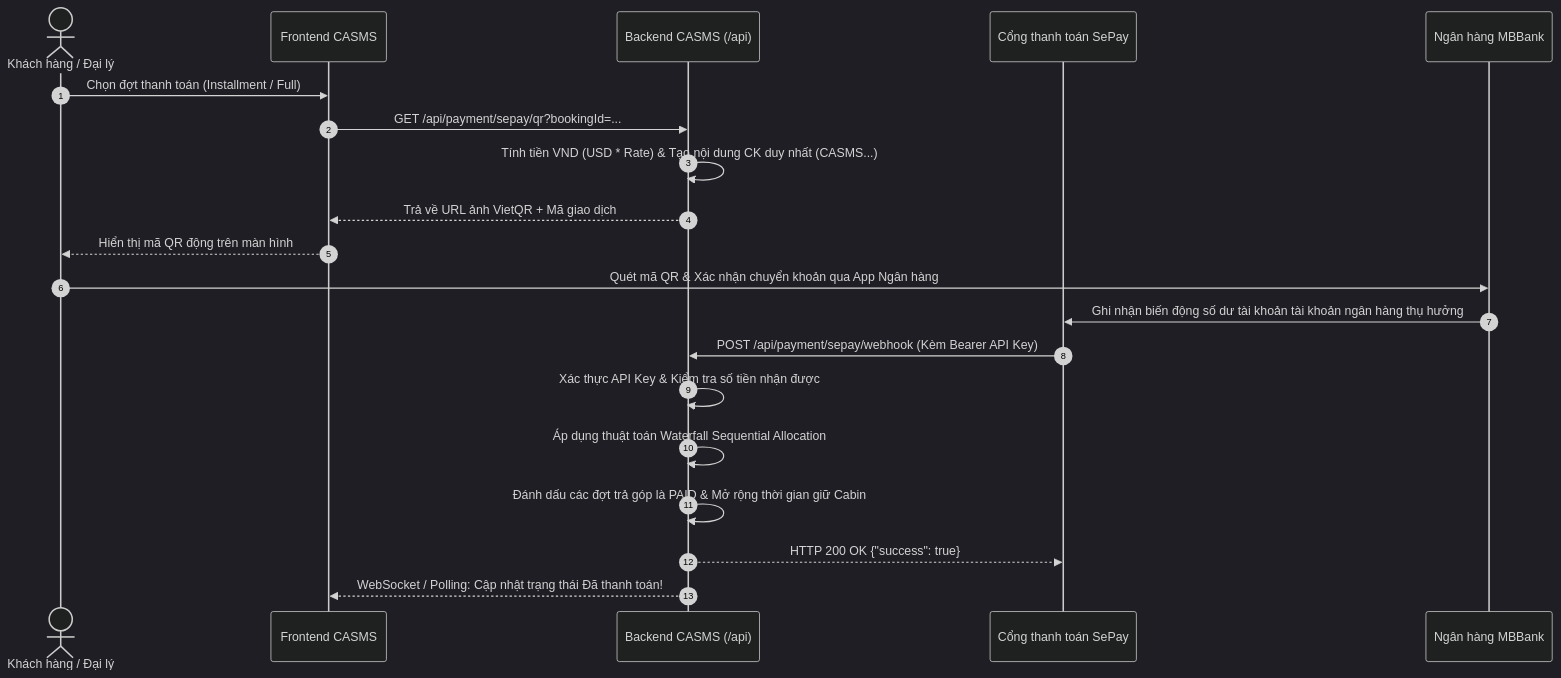
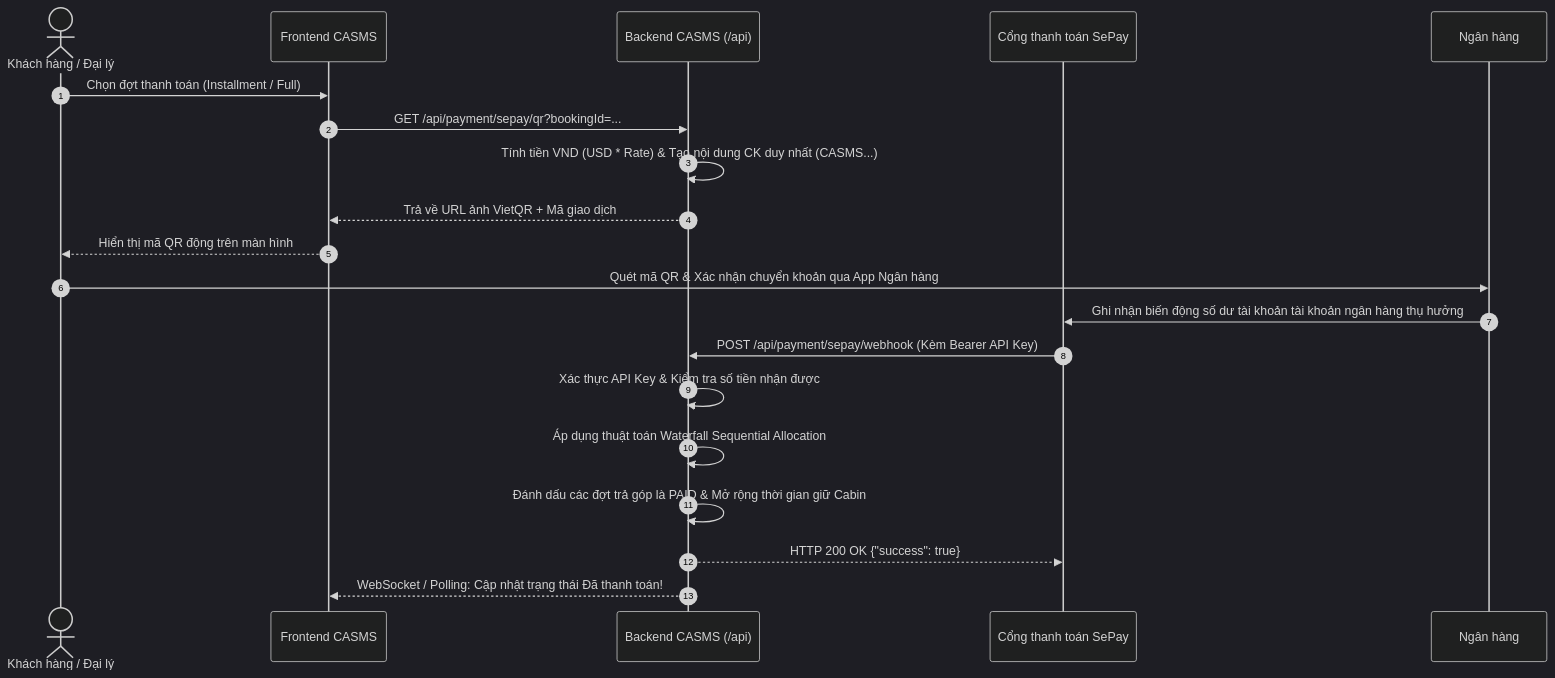
Before and after one commit to ShiroSs00/CASMS_Backend: the second of 3 diagrams in README.md, drawn with Mermaid (dark theme). The commit also changed other lines of this file, not shown here.

````diff
--- a/README.md
+++ b/README.md
@@ -205,23 +205,23 @@
 ```mermaid
 sequenceDiagram
     autonumber
     actor Guest as Khách hàng / Đại lý
     participant FE as Frontend CASMS
     participant BE as Backend CASMS (/api)
     participant SePay as Cổng thanh toán SePay
-    participant MB as Ngân hàng MBBank
+    participant MB as Ngân hàng
 
     Guest->>FE: Chọn đợt thanh toán (Installment / Full)
     FE->>BE: GET /api/payment/sepay/qr?bookingId=...
     BE->>BE: Tính tiền VND (USD * Rate) & Tạo nội dung CK duy nhất (CASMS...)
     BE-->>FE: Trả về URL ảnh VietQR + Mã giao dịch
     FE-->>Guest: Hiển thị mã QR động trên màn hình
     Guest->>MB: Quét mã QR & Xác nhận chuyển khoản qua App Ngân hàng
     MB->>SePay: Ghi nhận biến động số dư tài khoản tài khoản ngân hàng thụ hưởng
     SePay->>BE: POST /api/payment/sepay/webhook (Kèm Bearer API Key)
     BE->>BE: Xác thực API Key & Kiểm tra số tiền nhận được
     BE->>BE: Áp dụng thuật toán Waterfall Sequential Allocation
     BE->>BE: Đánh dấu các đợt trả góp là PAID & Mở rộng thời gian giữ Cabin
     BE-->>SePay: HTTP 200 OK {"success": true}
     BE-->>FE: WebSocket / Polling: Cập nhật trạng thái Đã thanh toán!
 ```
````
